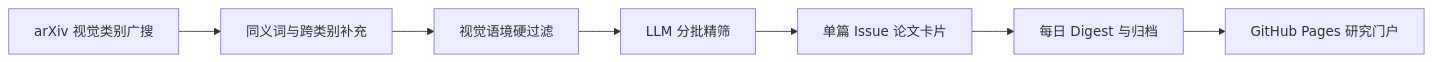
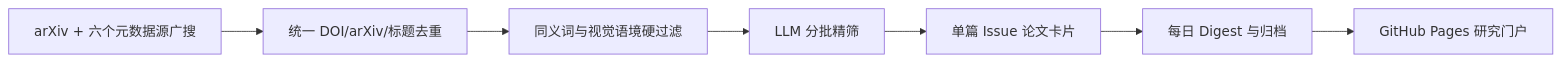
Before and after one commit to zitalk/PaperClaw: the diagram in README.md, drawn with Mermaid. The commit also changed other lines of this file and 20 other files, not shown here.

````diff
--- a/README.md
+++ b/README.md
@@ -51,9 +51,9 @@
 ```mermaid
 flowchart LR
-    A[arXiv 视觉类别广搜] --> B[同义词与跨类别补充]
-    B --> C[视觉语境硬过滤]
+    A[arXiv + 六个元数据源广搜] --> B[统一 DOI/arXiv/标题去重]
+    B --> C[同义词与视觉语境硬过滤]
     C --> D[LLM 分批精筛]
     D --> E[单篇 Issue 论文卡片]
     E --> F[每日 Digest 与归档]
     F --> G[GitHub Pages 研究门户]
 ```
````
